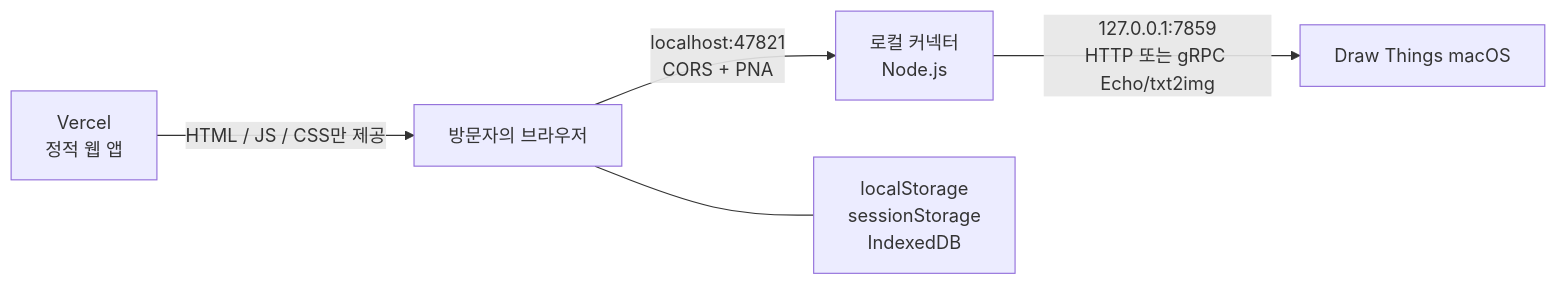
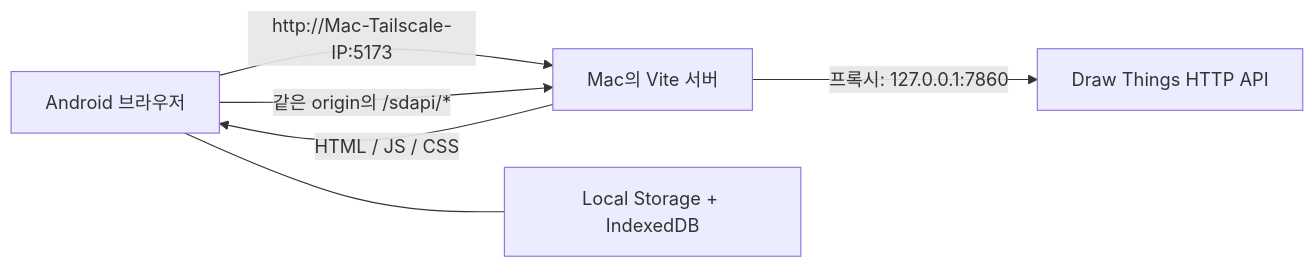
Before and after one commit to hyuck0221/draw-things-web: the diagram in README.md, drawn with Mermaid. The commit also changed other lines of this file and 61 other files, not shown here.

Commit message:
feat: replace connector with direct Draw Things HTTP gateway

````diff
--- a/README.md
+++ b/README.md
@@ -23,7 +9,8 @@
 ```mermaid
 flowchart LR
-    V["Vercel\n정적 웹 앱"] -->|HTML / JS / CSS만 제공| B["방문자의 브라우저"]
-    B -->|"localhost:47821\nCORS + PNA"| C["로컬 커넥터\nNode.js"]
-    C -->|"127.0.0.1:7859\nHTTP 또는 gRPC Echo/txt2img"| D["Draw Things macOS"]
-    B --- S["localStorage\nsessionStorage\nIndexedDB"]
+    A["Android 브라우저"] -->|"http://Mac-Tailscale-IP:5173"| V["Mac의 Vite 서버"]
+    V -->|"HTML / JS / CSS"| A
+    A -->|"같은 origin의 /sdapi/*"| V
+    V -->|"프록시: 127.0.0.1:7860"| D["Draw Things HTTP API"]
+    A --- L["Local Storage + IndexedDB"]
 ```
````
